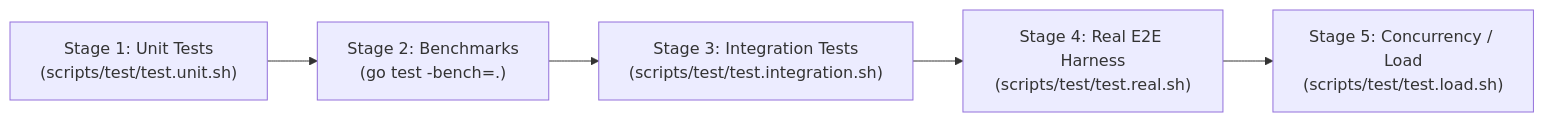
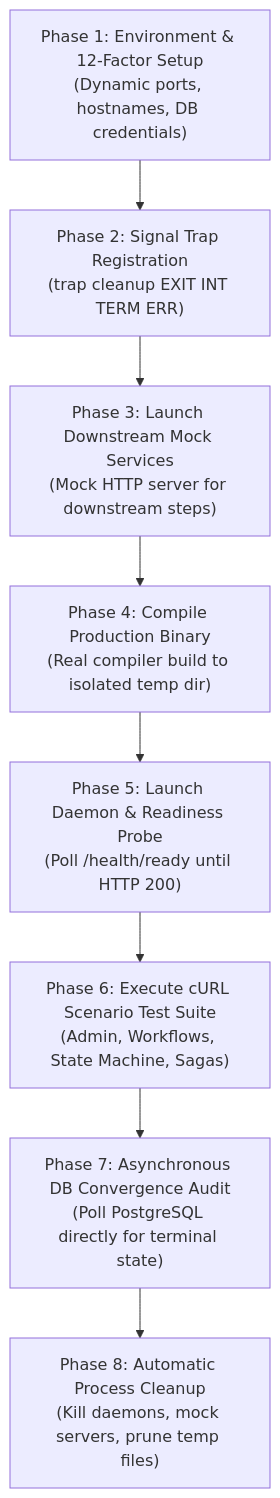
One commit to Scaibu/llm-obs-policies changed the diagram in rules/folder-structure/09-test-writing.md. Above: the diagram before and after it, drawn with Mermaid. The commit also changed other lines of this file, not shown here.

Commit message:
docs(rules): rewrite test contract to be strictly language-agnostic with zero-tolerance invariants

````diff
--- a/rules/folder-structure/09-test-writing.md
+++ b/rules/folder-structure/09-test-writing.md
@@ -458,7 +176,10 @@
 ```mermaid
-flowchart LR
-    A["Stage 1: Unit Tests<br/>(scripts/test/test.unit.sh)"] --> B["Stage 2: Benchmarks<br/>(go test -bench=.)"]
-    B --> C["Stage 3: Integration Tests<br/>(scripts/test/test.integration.sh)"]
-    C --> D["Stage 4: Real E2E Harness<br/>(scripts/test/test.real.sh)"]
-    D --> E["Stage 5: Concurrency / Load<br/>(scripts/test/test.load.sh)"]
+flowchart TD
+    P1["Phase 1: Environment & 12-Factor Setup<br/>(Dynamic ports, hostnames, DB credentials)"] --> P2["Phase 2: Signal Trap Registration<br/>(trap cleanup EXIT INT TERM ERR)"]
+    P2 --> P3["Phase 3: Launch Downstream Mock Services<br/>(Mock HTTP server for downstream steps)"]
+    P3 --> P4["Phase 4: Compile Production Binary<br/>(Real compiler build to isolated temp dir)"]
+    P4 --> P5["Phase 5: Launch Daemon & Readiness Probe<br/>(Poll /health/ready until HTTP 200)"]
+    P5 --> P6["Phase 6: Execute cURL Scenario Test Suite<br/>(Admin, Workflows, State Machine, Sagas)"]
+    P6 --> P7["Phase 7: Asynchronous DB Convergence Audit<br/>(Poll PostgreSQL directly for terminal state)"]
+    P7 --> P8["Phase 8: Automatic Process Cleanup<br/>(Kill daemons, mock servers, prune temp files)"]
 ```
````
